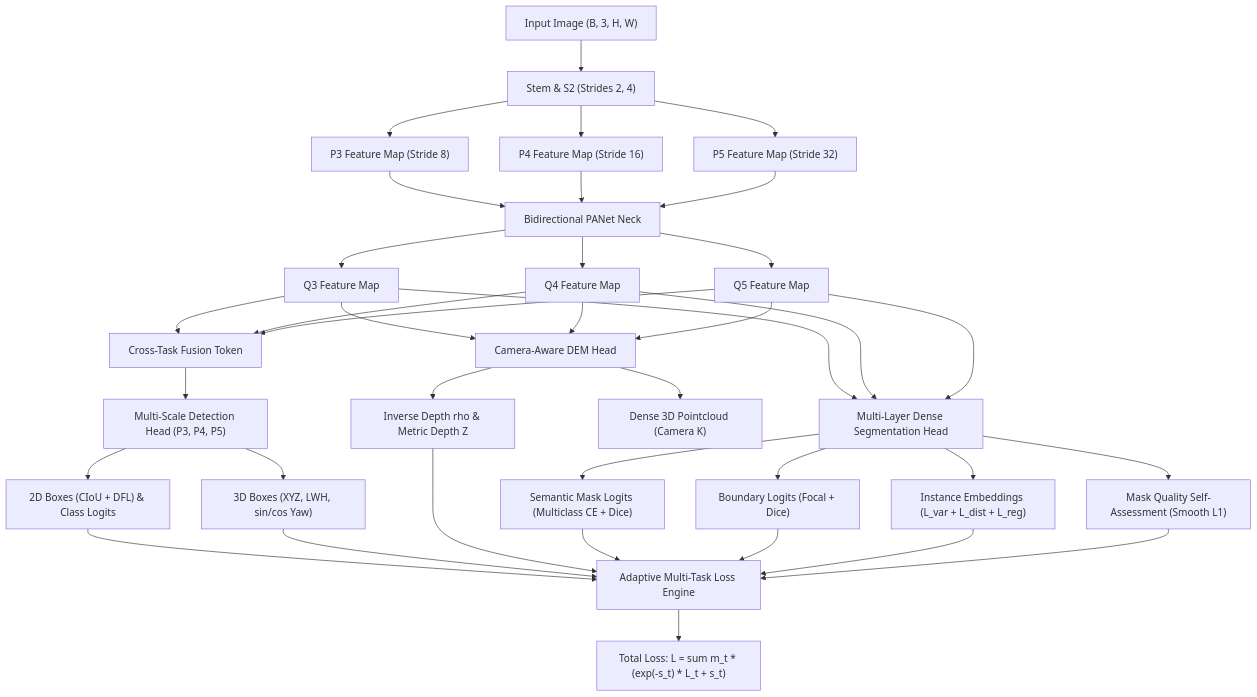
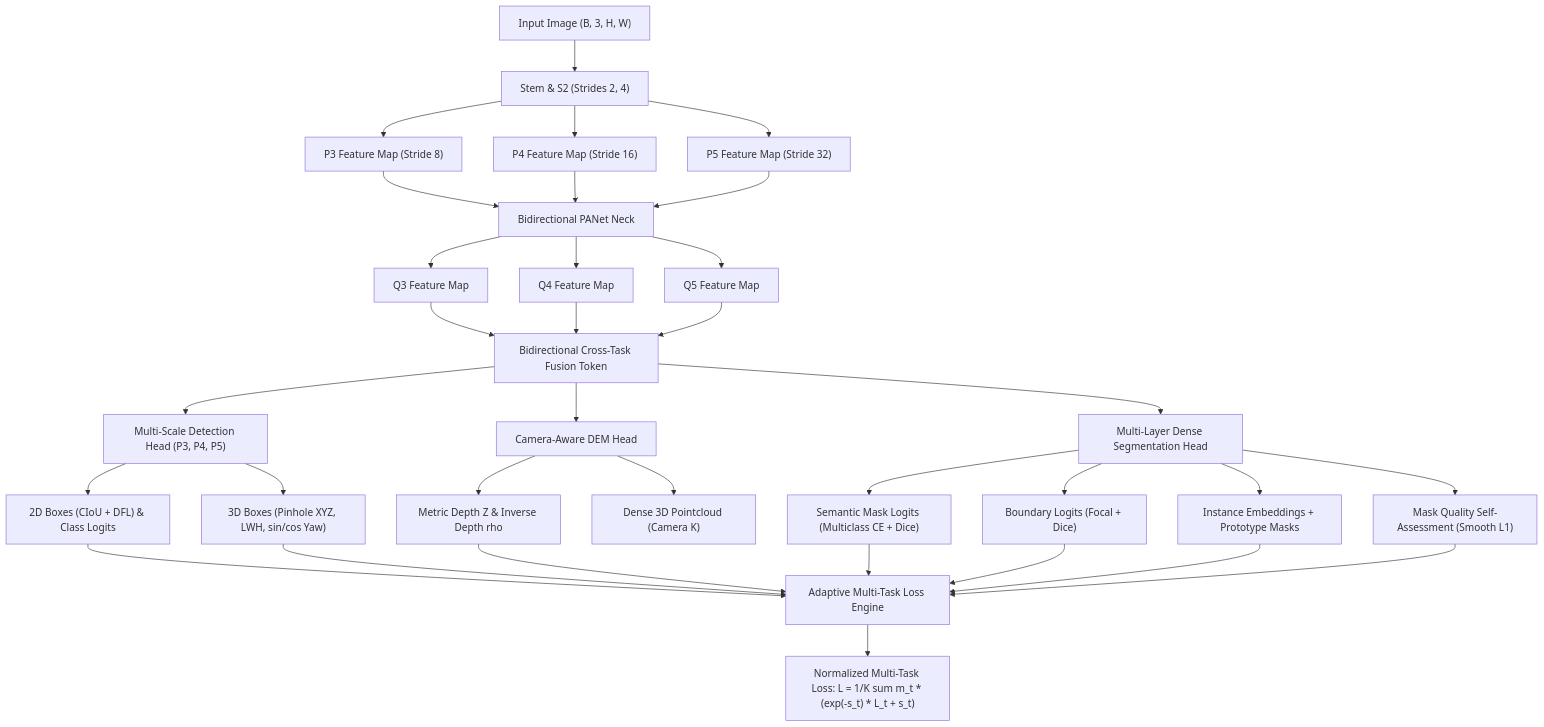
The diagram in README.md (ELANGKATHIR11/Neuravex), drawn with Mermaid before and after one commit. The commit also changed other lines of this file and 18 other files, not shown here.

Commit message:
YOLO27 v0.6 upgrade: DFL, metric depth (SILog+L1+Grad), pinhole 3D unprojection, class-aware NMS, depth scaling, bidirectional fusion

````diff
--- a/README.md
+++ b/README.md
@@ -12,31 +12,31 @@
 ```mermaid
 flowchart TD
     Input["Input Image (B, 3, H, W)"] --> Stem["Stem & S2 (Strides 2, 4)"]
     Stem --> P3["P3 Feature Map (Stride 8)"]
     Stem --> P4["P4 Feature Map (Stride 16)"]
     Stem --> P5["P5 Feature Map (Stride 32)"]
 
     P3 & P4 & P5 --> PANet["Bidirectional PANet Neck"]
     PANet --> Q3["Q3 Feature Map"]
     PANet --> Q4["Q4 Feature Map"]
     PANet --> Q5["Q5 Feature Map"]
 
-    Q3 & Q4 & Q5 --> Fusion["Cross-Task Fusion Token"]
+    Q3 & Q4 & Q5 --> Fusion["Bidirectional Cross-Task Fusion Token"]
 
     Fusion --> DetHead["Multi-Scale Detection Head (P3, P4, P5)"]
     DetHead --> Out2D["2D Boxes (CIoU + DFL) & Class Logits"]
-    DetHead --> Out3D["3D Boxes (XYZ, LWH, sin/cos Yaw)"]
+    DetHead --> Out3D["3D Boxes (Pinhole XYZ, LWH, sin/cos Yaw)"]
 
-    Q3 & Q4 & Q5 --> DEM["Camera-Aware DEM Head"]
-    DEM --> OutDepth["Inverse Depth rho & Metric Depth Z"]
+    Fusion --> DEM["Camera-Aware DEM Head"]
+    DEM --> OutDepth["Metric Depth Z & Inverse Depth rho"]
     DEM --> OutPoints["Dense 3D Pointcloud (Camera K)"]
 
-    Q3 & Q4 & Q5 --> SegHead["Multi-Layer Dense Segmentation Head"]
+    Fusion --> SegHead["Multi-Layer Dense Segmentation Head"]
     SegHead --> OutSem["Semantic Mask Logits (Multiclass CE + Dice)"]
     SegHead --> OutBound["Boundary Logits (Focal + Dice)"]
-    SegHead --> OutInst["Instance Embeddings (L_var + L_dist + L_reg)"]
+    SegHead --> OutInst["Instance Embeddings + Prototype Masks"]
     SegHead --> OutQual["Mask Quality Self-Assessment (Smooth L1)"]
 
     Out2D & Out3D & OutDepth & OutSem & OutBound & OutInst & OutQual --> LossEngine["Adaptive Multi-Task Loss Engine"]
-    LossEngine --> TotalLoss["Total Loss: L = sum m_t * (exp(-s_t) * L_t + s_t)"]
+    LossEngine --> TotalLoss["Normalized Multi-Task Loss: L = 1/K sum m_t * (exp(-s_t) * L_t + s_t)"]
 ```
````
